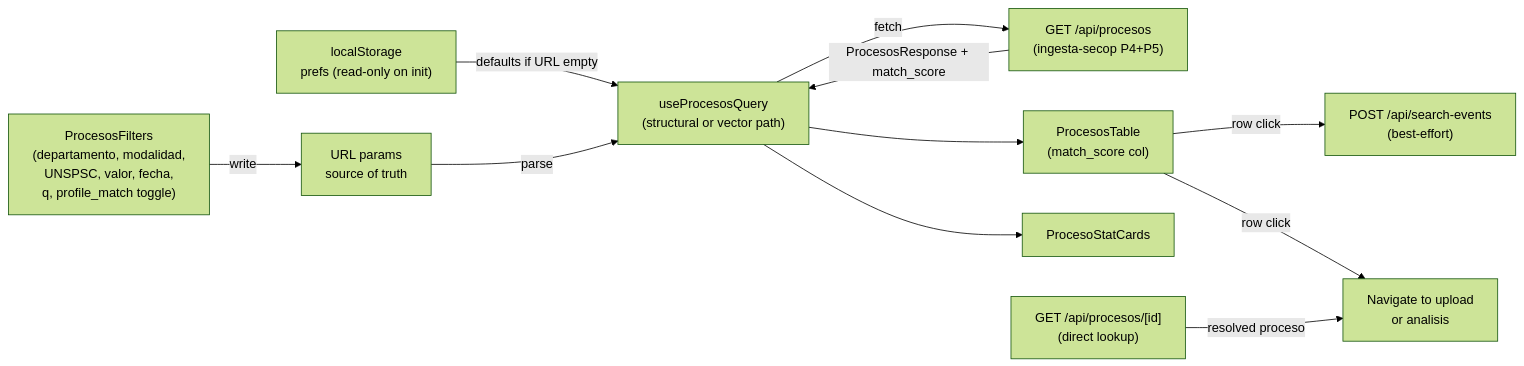
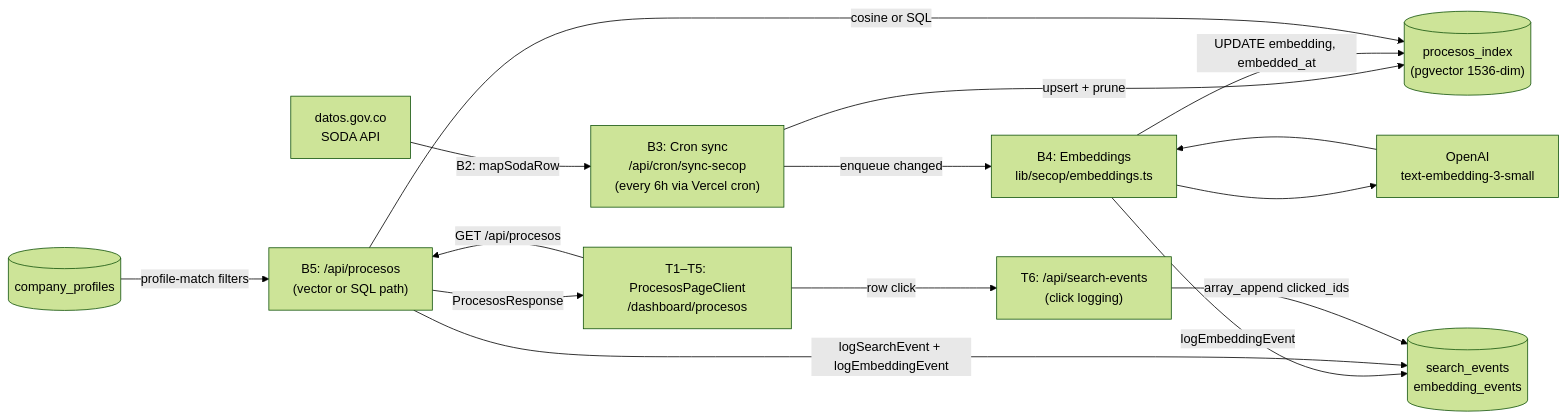
The first of 2 diagrams in docs/procesos-listing/feat/00-overview.md (agentezai/coltratos), drawn with Mermaid (forest theme) before and after one commit. The commit also changed other lines of this file and 15 other files, not shown here.

First line of the commit message:
docs(procesos-listing+ingesta-secop): merge ingesta into procesos rev 3

````diff
--- a/docs/procesos-listing/feat/00-overview.md
+++ b/docs/procesos-listing/feat/00-overview.md
@@ -15,23 +15,28 @@
 ```mermaid
 flowchart LR
-    URL["URL params\nsource of truth"]
-    Filters["ProcesosFilters\n(departamento, modalidad,\nUNSPSC, valor, fecha,\nq, profile_match toggle)"]
-    Hook["useProcesosQuery\n(structural or vector path)"]
-    API["GET /api/procesos\n(ingesta-secop P4+P5)"]
-    Table["ProcesosTable\n(match_score col)"]
-    Cards["ProcesoStatCards"]
-    LS["localStorage\nprefs (read-only on init)"]
-    ClickAPI["POST /api/search-events\n(best-effort)"]
-    DirectAPI["GET /api/procesos/[id]\n(direct lookup)"]
+    SODA["datos.gov.co\nSODA API"]
+    Cron["B3: Cron sync\n/api/cron/sync-secop\n(every 6h via Vercel cron)"]
+    Embed["B4: Embeddings\nlib/secop/embeddings.ts"]
+    OAI["OpenAI\ntext-embedding-3-small"]
+    PIdx[("procesos_index\n(pgvector 1536-dim)")]
+    EP["B5: /api/procesos\n(vector or SQL path)"]
+    FE["T1–T5: ProcesosPageClient\n/dashboard/procesos"]
+    CL["T6: /api/search-events\n(click logging)"]
+    Tel[("search_events\nembedding_events")]
+    CP[("company_profiles")]
 
-    LS -->|defaults if URL empty| Hook
-    URL -->|parse| Hook
-    Filters -->|write| URL
-    Hook -->|fetch| API
-    API -->|ProcesosResponse + match_score| Hook
-    Hook --> Table
-    Hook --> Cards
-    Table -->|row click| ClickAPI
-    Table -->|row click| Navigate["Navigate to upload\nor analisis"]
-    DirectAPI -->|resolved proceso| Navigate
+    SODA -->|B2: mapSodaRow| Cron
+    Cron -->|upsert + prune| PIdx
+    Cron -->|enqueue changed| Embed
+    Embed --> OAI
+    OAI --> Embed
+    Embed -->|UPDATE embedding, embedded_at| PIdx
+    Embed -->|logEmbeddingEvent| Tel
+    FE -->|GET /api/procesos| EP
+    CP -->|profile-match filters| EP
+    EP -->|cosine or SQL| PIdx
+    EP -->|logSearchEvent + logEmbeddingEvent| Tel
+    EP -->|ProcesosResponse| FE
+    FE -->|row click| CL
+    CL -->|array_append clicked_ids| Tel
 ```
````
